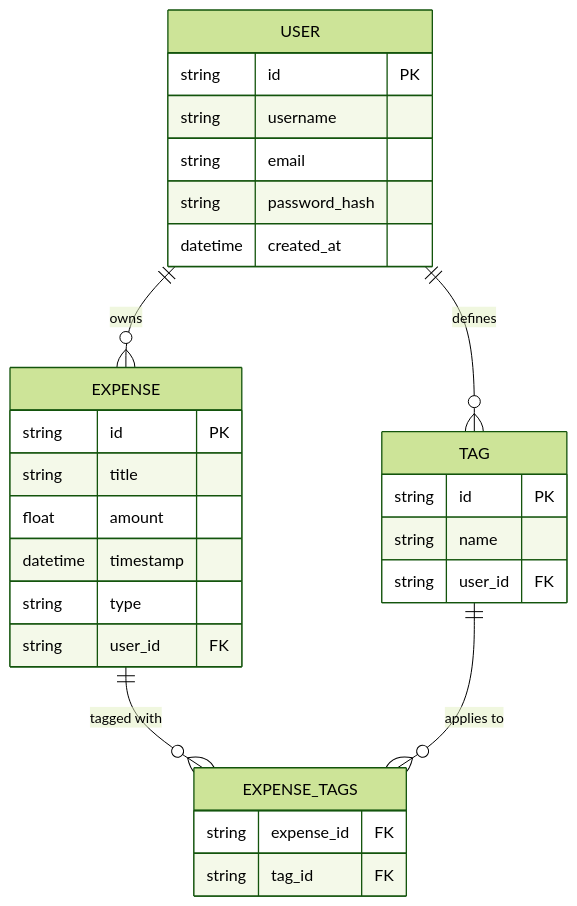
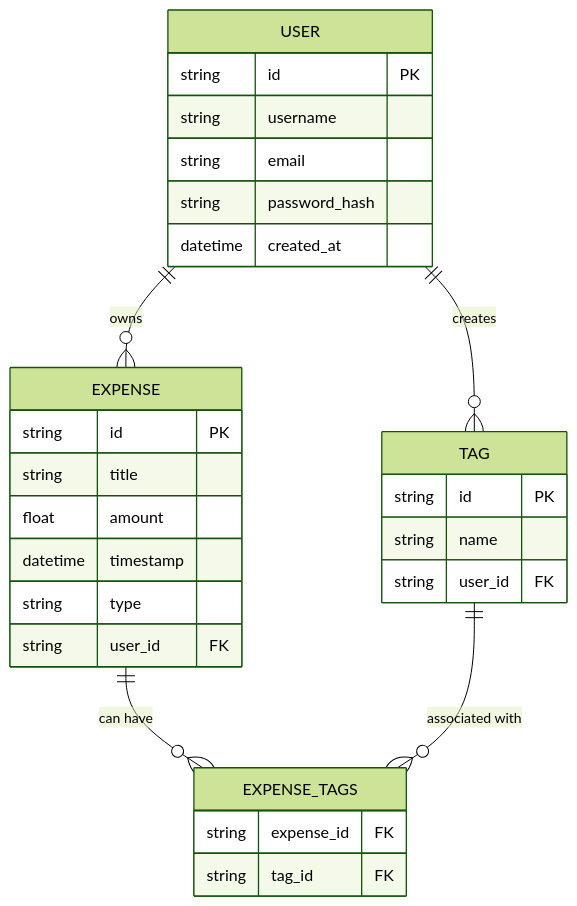
Before and after one commit to BartmossMurphy2077/ExpenseManagementSystem: the second of 2 diagrams in README.md, drawn with Mermaid (forest theme). The commit also changed other lines of this file and 1 other file, not shown here.

````diff
--- a/README.md
+++ b/README.md
@@ -109,35 +120,35 @@
 ```mermaid
 erDiagram
     USER {
         string id PK
         string username
         string email
         string password_hash
         datetime created_at
     }
 
     EXPENSE {
         string id PK
         string title
         float amount
         datetime timestamp
         string type
         string user_id FK
     }
 
     TAG {
         string id PK
         string name
         string user_id FK
     }
 
     EXPENSE_TAGS {
         string expense_id FK
         string tag_id FK
     }
 
     USER ||--o{ EXPENSE : "owns"
-    USER ||--o{ TAG : "defines"
-    EXPENSE ||--o{ EXPENSE_TAGS : "tagged with"
-    TAG ||--o{ EXPENSE_TAGS : "applies to"
+    USER ||--o{ TAG : "creates"
+    EXPENSE ||--o{ EXPENSE_TAGS : "can have"
+    TAG ||--o{ EXPENSE_TAGS : "associated with"
 ```
````
